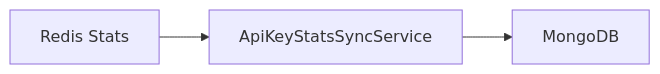
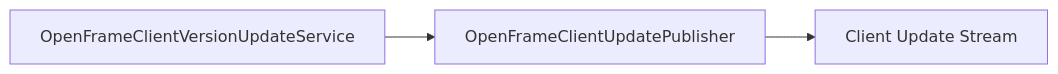
One commit to Praesto-Pro/openframe-oss-tenant changed the seventh of 8 diagrams in docs/architecture/management-service-core/management-service-core.md. Above: the diagram before and after it, drawn with Mermaid. The commit also changed other lines of this file and 149 other files, not shown here.

````diff
--- a/docs/architecture/management-service-core/management-service-core.md
+++ b/docs/architecture/management-service-core/management-service-core.md
@@ -315,4 +310,5 @@
 ```mermaid
 flowchart LR
-    Redis["Redis Stats"] --> Sync["ApiKeyStatsSyncService"] --> Mongo["MongoDB"]
+    VersionService["OpenFrameClientVersionUpdateService"] --> Publisher["OpenFrameClientUpdatePublisher"]
+    Publisher --> Stream["Client Update Stream"]
 ```
````
